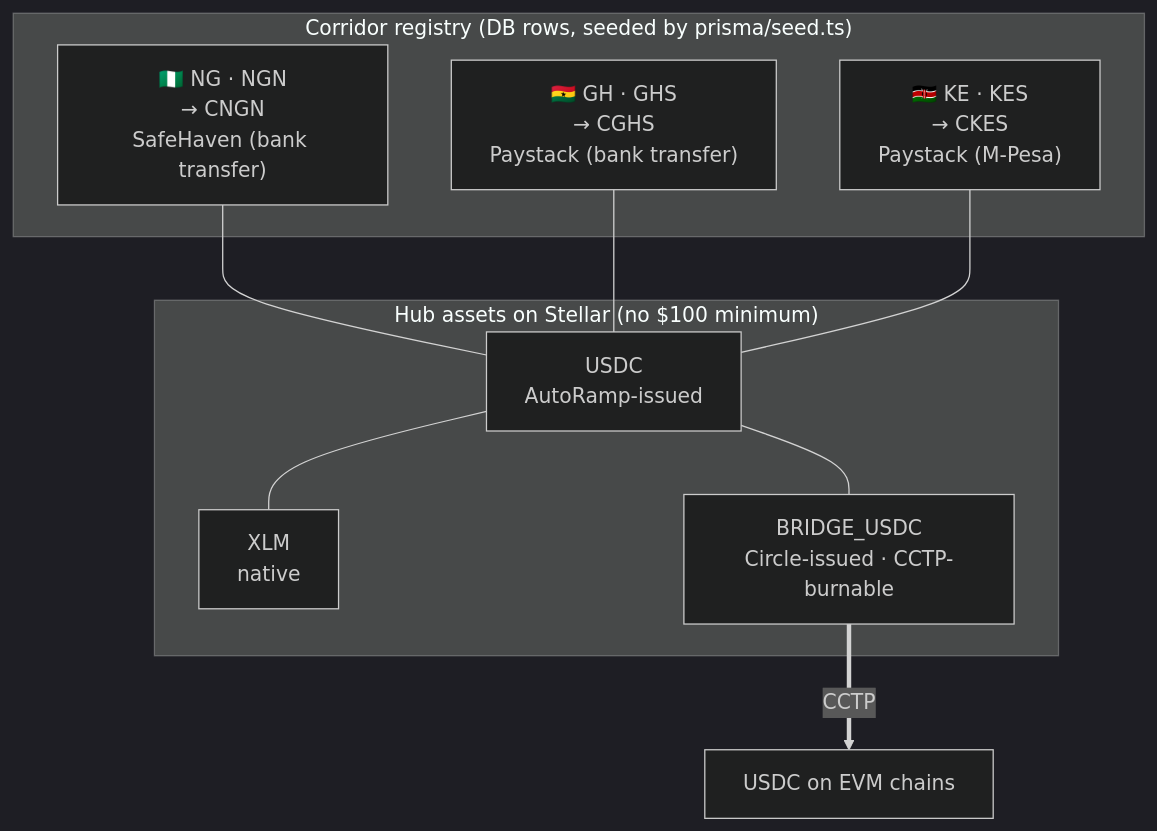
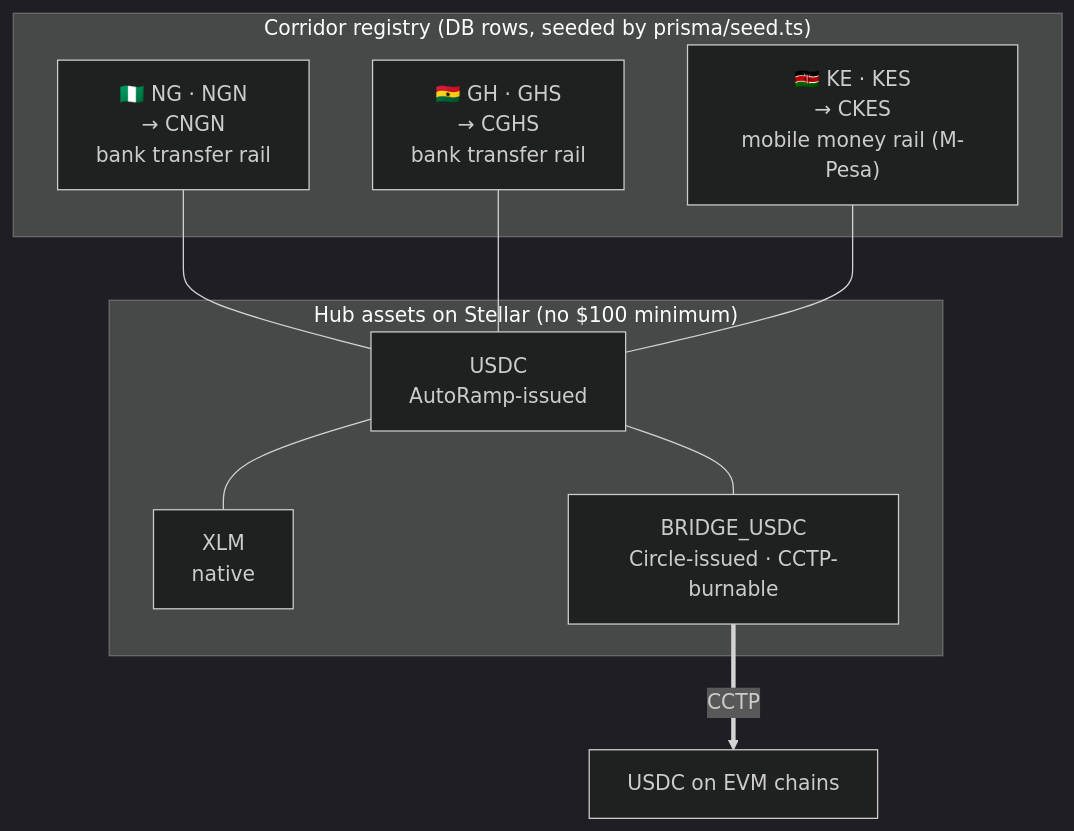
One commit to thebuidl-grid/autoramp-stellar-app changed the second of 2 diagrams in README.md. Above: the diagram before and after it, drawn with Mermaid (dark theme). The commit also changed other lines of this file and 1 other file, not shown here.

````diff
--- a/README.md
+++ b/README.md
@@ -87,21 +87,21 @@
 ```mermaid
 flowchart TB
   subgraph Corridors["Corridor registry (DB rows, seeded by prisma/seed.ts)"]
-    NG["🇳🇬 NG · NGN<br/>→ CNGN<br/>SafeHaven (bank transfer)"]
-    GH["🇬🇭 GH · GHS<br/>→ CGHS<br/>Paystack (bank transfer)"]
-    KE["🇰🇪 KE · KES<br/>→ CKES<br/>Paystack (M-Pesa)"]
+    NG["🇳🇬 NG · NGN<br/>→ CNGN<br/>bank transfer rail"]
+    GH["🇬🇭 GH · GHS<br/>→ CGHS<br/>bank transfer rail"]
+    KE["🇰🇪 KE · KES<br/>→ CKES<br/>mobile money rail (M-Pesa)"]
   end
 
   subgraph Hub["Hub assets on Stellar (no $100 minimum)"]
     USDC["USDC<br/>AutoRamp-issued"]
     NATIVE["XLM<br/>native"]
     BUSDC["BRIDGE_USDC<br/>Circle-issued · CCTP-burnable"]
   end
 
   NG --- USDC
   GH --- USDC
   KE --- USDC
   USDC --- NATIVE
   USDC --- BUSDC
   BUSDC ==>|CCTP| EVMC["USDC on EVM chains"]
 ```
````
